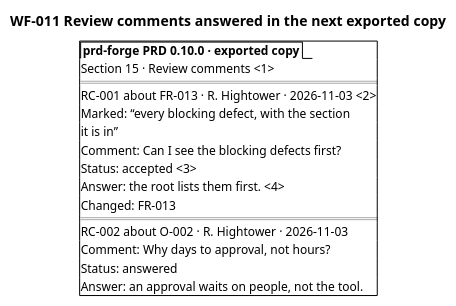
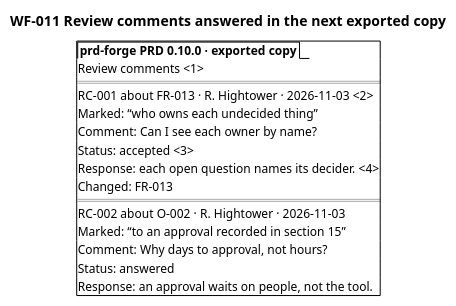
The diagram in docs/prd/prd-forge/diagrams/WF-011.puml (SpillwaveSolutions/prd-forge), drawn with PlantUML before and after one commit. The commit also changed 15 other files, not shown here.

```diff
--- a/docs/prd/prd-forge/diagrams/WF-011.puml
+++ b/docs/prd/prd-forge/diagrams/WF-011.puml
@@ -1,20 +1,20 @@
 @startsalt
 title WF-011 Review comments answered in the next exported copy
 {+
   {/ <b>prd-forge PRD 0.10.0 · exported copy</b> }
-  Section 15 · Review comments <1>
+  Review comments <1>
   ==
   RC-001 about FR-013 · R. Hightower · 2026-11-03 <2>
-  Marked: “every blocking defect, with the section
-  it is in”
-  Comment: Can I see the blocking defects first?
+  Marked: “who owns each undecided thing”
+  Comment: Can I see each owner by name?
   Status: accepted <3>
-  Answer: the root lists them first. <4>
+  Response: each open question names its decider. <4>
   Changed: FR-013
   ==
   RC-002 about O-002 · R. Hightower · 2026-11-03
+  Marked: “to an approval recorded in section 15”
   Comment: Why days to approval, not hours?
   Status: answered
-  Answer: an approval waits on people, not the tool.
+  Response: an approval waits on people, not the tool.
 }
 @endsalt
```
